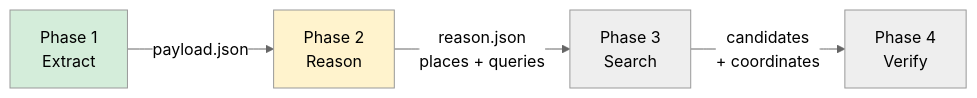
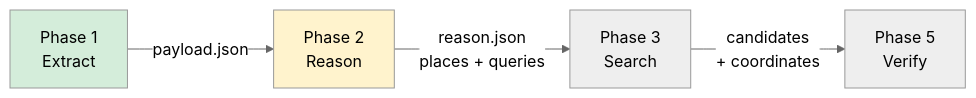
Before and after one commit to ahmadfreijeh/conan: the third of 4 diagrams in docs/how-i-built-it.md, drawn with Mermaid (neutral theme). The commit also changed other lines of this file and 3 other files, not shown here.

Commit message:
Update phases in documentation: rename Phase 4 to "Retrieve" and Phase 5 to "Verify", and adjust references accordingly

````diff
--- a/docs/how-i-built-it.md
+++ b/docs/how-i-built-it.md
@@ -51,8 +51,8 @@
 ```mermaid
 flowchart LR
     E[Phase 1<br/>Extract] -- payload.json --> R[Phase 2<br/>Reason]
     R -- reason.json<br/>places + queries --> S[Phase 3<br/>Search]
-    S -- candidates<br/>+ coordinates --> V[Phase 4<br/>Verify]
+    S -- candidates<br/>+ coordinates --> V[Phase 5<br/>Verify]
     style E fill:#d4edda
     style R fill:#fff3cd
 ```
````
